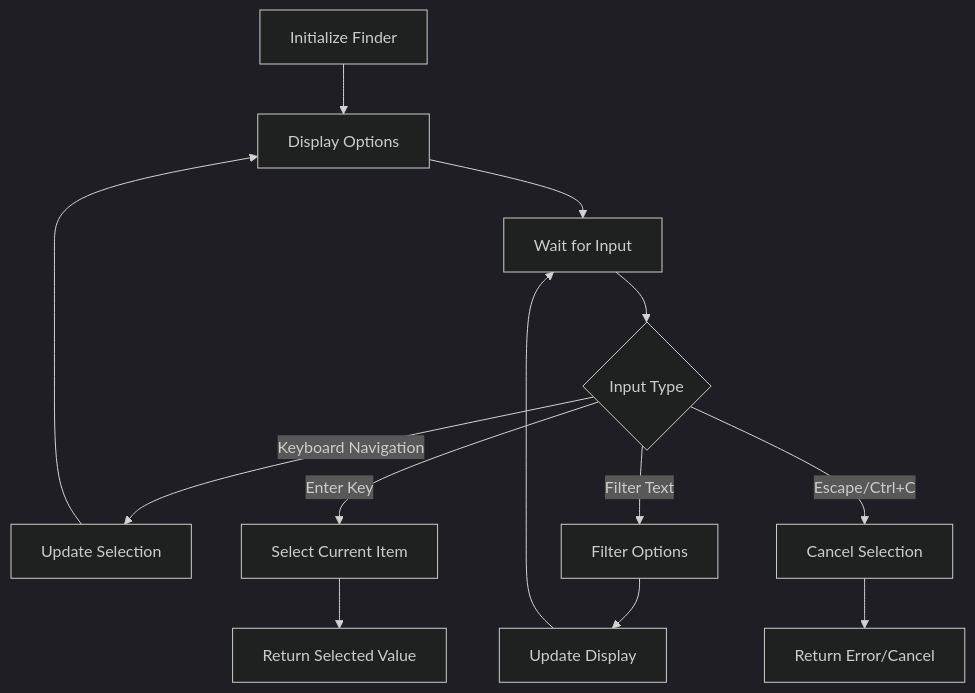
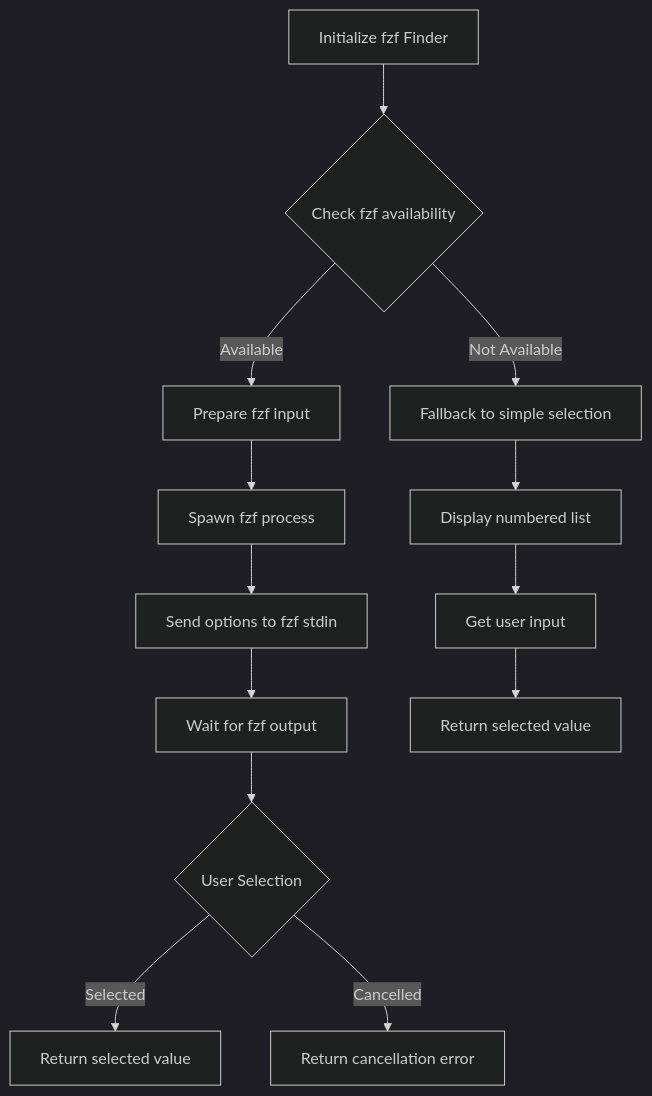
Before and after one commit to szpuni/synacklab-cli: the second of 3 diagrams in .kiro/specs/aws-auth-enhancement/design.md, drawn with Mermaid (dark theme). The commit also changed other lines of this file and 16 other files, not shown here.

````diff
--- a/.kiro/specs/aws-auth-enhancement/design.md
+++ b/.kiro/specs/aws-auth-enhancement/design.md
@@ -45,15 +50,15 @@
 ```mermaid
 graph TD
-    A[Initialize Finder] --> B[Display Options]
-    B --> C[Wait for Input]
-    C --> D{Input Type}
-    D -->|Keyboard Navigation| E[Update Selection]
-    D -->|Filter Text| F[Filter Options]
-    D -->|Enter Key| G[Select Current Item]
-    D -->|Escape/Ctrl+C| H[Cancel Selection]
-    E --> B
-    F --> I[Update Display]
-    I --> C
-    G --> J[Return Selected Value]
-    H --> K[Return Error/Cancel]
+    A[Initialize fzf Finder] --> B{Check fzf availability}
+    B -->|Available| C[Prepare fzf input]
+    B -->|Not Available| D[Fallback to simple selection]
+    C --> E[Spawn fzf process]
+    E --> F[Send options to fzf stdin]
+    F --> G[Wait for fzf output]
+    G --> H{User Selection}
+    H -->|Selected| I[Return selected value]
+    H -->|Cancelled| J[Return cancellation error]
+    D --> K[Display numbered list]
+    K --> L[Get user input]
+    L --> M[Return selected value]
 ```
````
